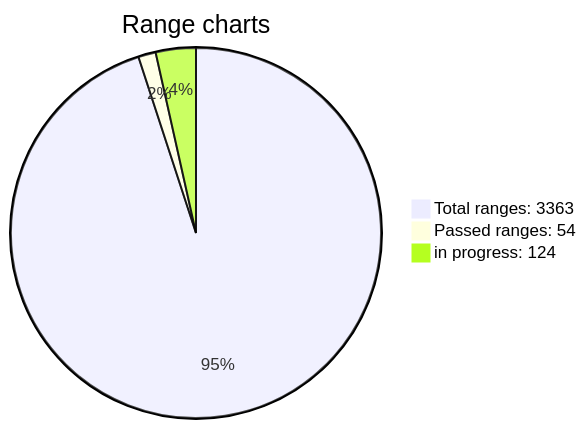
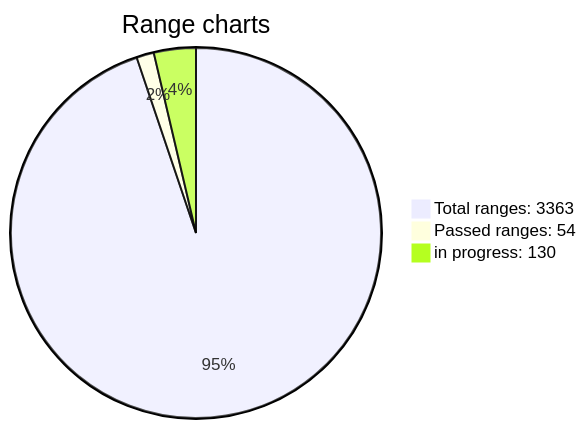
Before and after one commit to jonlloner/wif500: the diagram in README.md, drawn with Mermaid. The commit also changed other lines of this file, not shown here.

````diff
--- a/README.md
+++ b/README.md
@@ -104,6 +108,6 @@
 ```mermaid
 pie title Range charts
 "Total ranges: 3363" : 3363
 "Passed ranges: 54" : 54
-"in progress: 124" : 124
+"in progress: 130" : 130
 ```  
````
